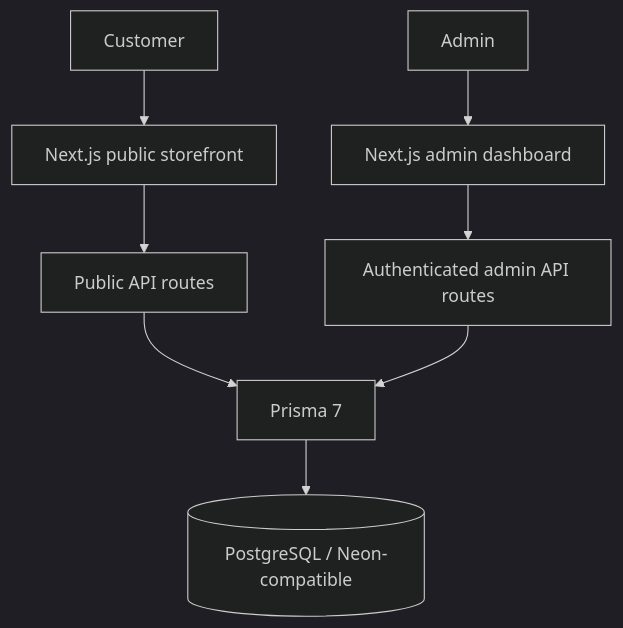
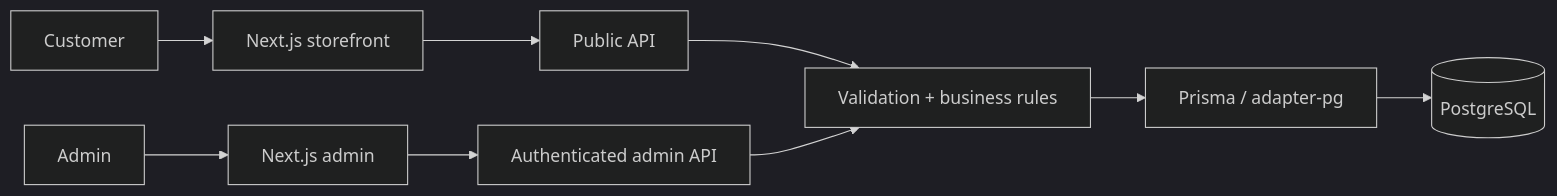
The diagram in README.md (Gyliardson/lmere-studio), drawn with Mermaid (dark theme) before and after one commit. The commit also changed other lines of this file and 11 other files, not shown here.

````diff
--- a/README.md
+++ b/README.md
@@ -78,10 +37,11 @@
 ```mermaid
-flowchart TD
-    Customer[Customer] --> Storefront[Next.js public storefront]
-    Admin[Admin] --> Dashboard[Next.js admin dashboard]
-    Storefront --> PublicAPI[Public API routes]
-    Dashboard --> AdminAPI[Authenticated admin API routes]
-    PublicAPI --> Prisma[Prisma 7]
-    AdminAPI --> Prisma
-    Prisma --> PostgreSQL[(PostgreSQL / Neon-compatible)]
+flowchart LR
+    Customer["Customer"] --> Storefront["Next.js storefront"]
+    Admin["Admin"] --> AdminUI["Next.js admin"]
+    Storefront --> PublicAPI["Public API"]
+    AdminUI --> AdminAPI["Authenticated admin API"]
+    PublicAPI --> Domain["Validation + business rules"]
+    AdminAPI --> Domain
+    Domain --> Prisma["Prisma / adapter-pg"]
+    Prisma --> PostgreSQL[("PostgreSQL")]
 ```
````
